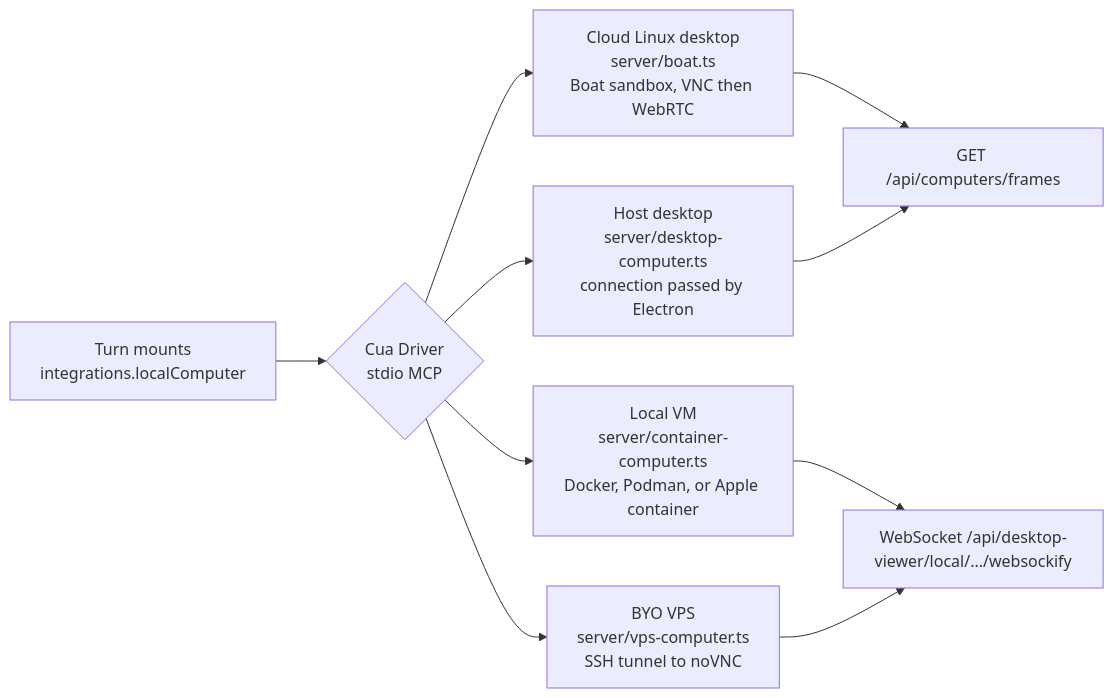
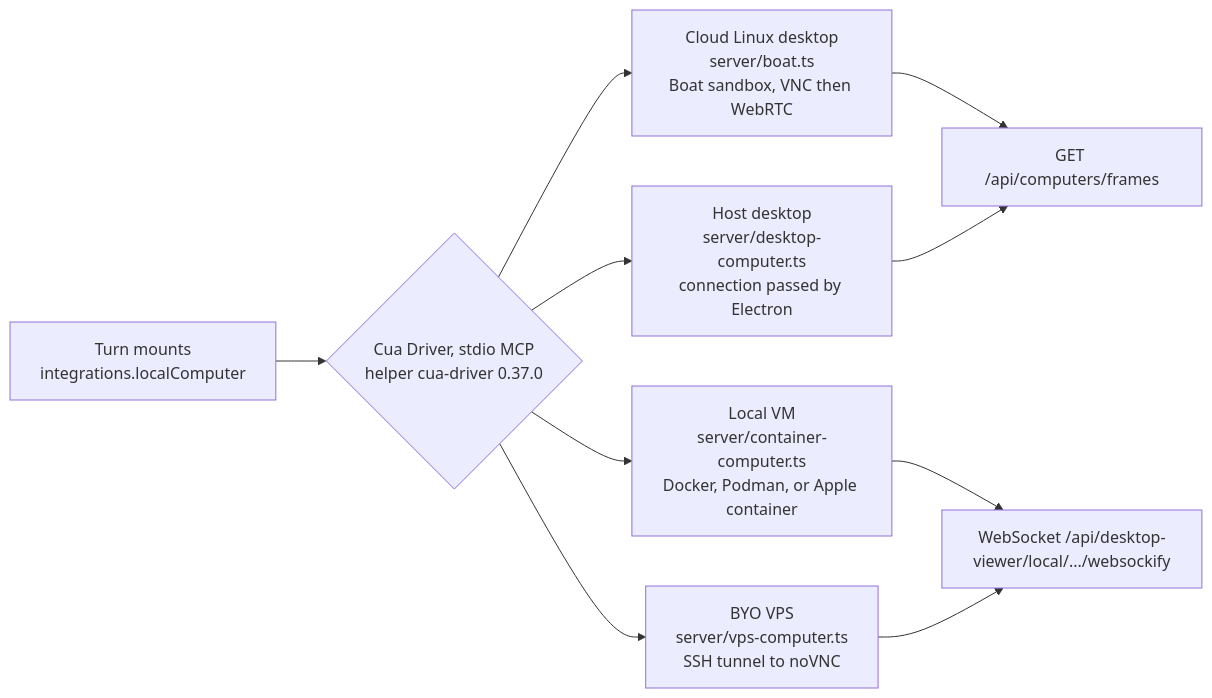
The fifth of 8 diagrams in research/technology/openmausbot-architecture.md (falentio/yap), drawn with Mermaid before and after one commit. The commit also changed other lines of this file, not shown here.

First line of the commit message:
docs(technology): correct OpenMausBot's driver count and approval floor

````diff
--- a/research/technology/openmausbot-architecture.md
+++ b/research/technology/openmausbot-architecture.md
@@ -215,12 +227,12 @@
 ```mermaid
 flowchart LR
-    Turn["Turn mounts<br/>integrations.localComputer"] --> Cua{"Cua Driver<br/>stdio MCP"}
+    Turn["Turn mounts<br/>integrations.localComputer"] --> Cua{"Cua Driver, stdio MCP<br/>helper cua-driver 0.37.0"}
     Cua --> Cloud["Cloud Linux desktop<br/>server/boat.ts<br/>Boat sandbox, VNC then WebRTC"]
     Cua --> Box["Local VM<br/>server/container-computer.ts<br/>Docker, Podman, or Apple container"]
     Cua --> Own["Host desktop<br/>server/desktop-computer.ts<br/>connection passed by Electron"]
     Cua --> Vps["BYO VPS<br/>server/vps-computer.ts<br/>SSH tunnel to noVNC"]
     Cloud --> Frames["GET /api/computers/frames"]
     Box --> Viewer["WebSocket /api/desktop-viewer/local/.../websockify"]
     Vps --> Viewer
     Own --> Frames
 ```
````
